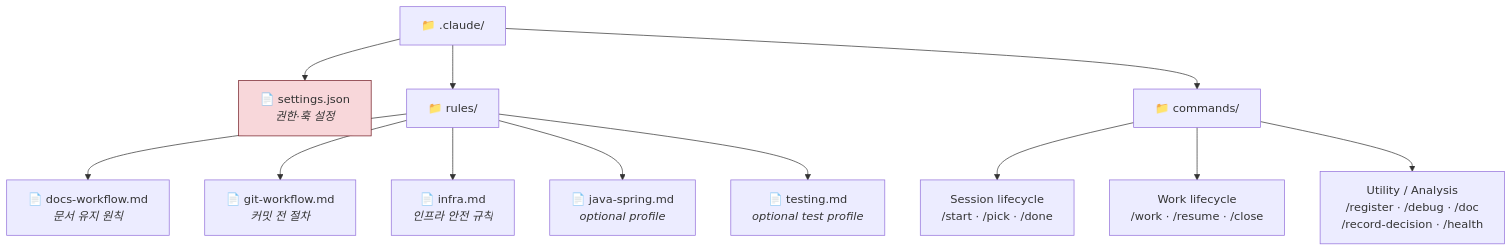
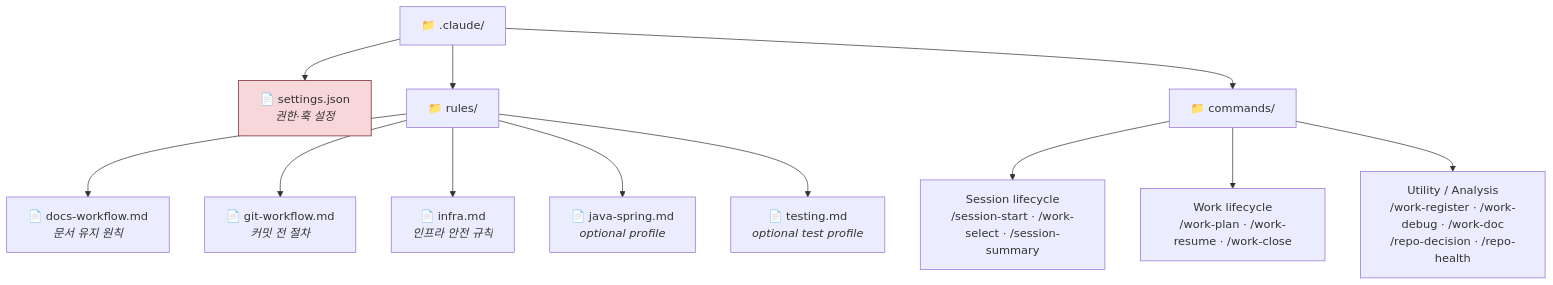
The fourth of 14 diagrams in docs/WORKFLOW-MANUAL.md (kyungseo/ai-workflow-harness), drawn with Mermaid before and after one commit. The commit also changed other lines of this file and 83 other files, not shown here.

````diff
--- a/docs/WORKFLOW-MANUAL.md
+++ b/docs/WORKFLOW-MANUAL.md
@@ -161,20 +161,20 @@
 ```mermaid
 graph TD
     DOT_CLAUDE["📁 .claude/"]
 
     DOT_CLAUDE --> SETTINGS["📄 settings.json<br/><i>권한·훅 설정</i>"]
     DOT_CLAUDE --> RULES["📁 rules/"]
     DOT_CLAUDE --> COMMANDS["📁 commands/"]
 
     RULES --> R1["📄 docs-workflow.md<br/><i>문서 유지 원칙</i>"]
     RULES --> R2["📄 git-workflow.md<br/><i>커밋 전 절차</i>"]
     RULES --> R3["📄 infra.md<br/><i>인프라 안전 규칙</i>"]
     RULES --> R4["📄 java-spring.md<br/><i>optional profile</i>"]
     RULES --> R5["📄 testing.md<br/><i>optional test profile</i>"]
 
-    COMMANDS --> CMD_A["Session lifecycle<br/>/start · /pick · /done"]
-    COMMANDS --> CMD_B["Work lifecycle<br/>/work · /resume · /close"]
-    COMMANDS --> CMD_C["Utility / Analysis<br/>/register · /debug · /doc<br/>/record-decision · /health"]
+    COMMANDS --> CMD_A["Session lifecycle<br/>/session-start · /work-select · /session-summary"]
+    COMMANDS --> CMD_B["Work lifecycle<br/>/work-plan · /work-resume · /work-close"]
+    COMMANDS --> CMD_C["Utility / Analysis<br/>/work-register · /work-debug · /work-doc<br/>/repo-decision · /repo-health"]
 
     style SETTINGS fill:#f8d7da,stroke:#721c24
 ```
````
